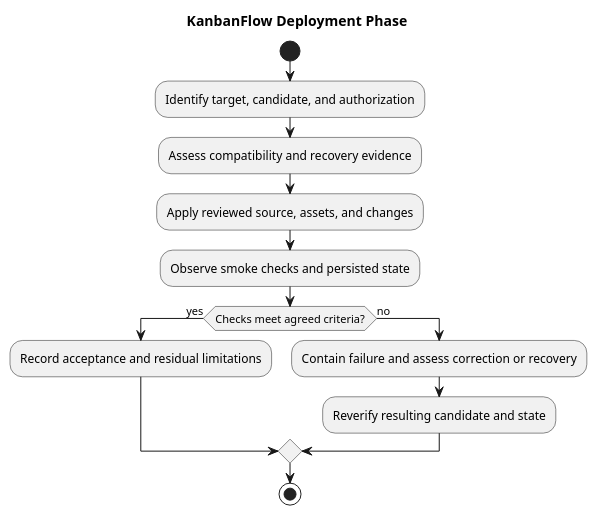
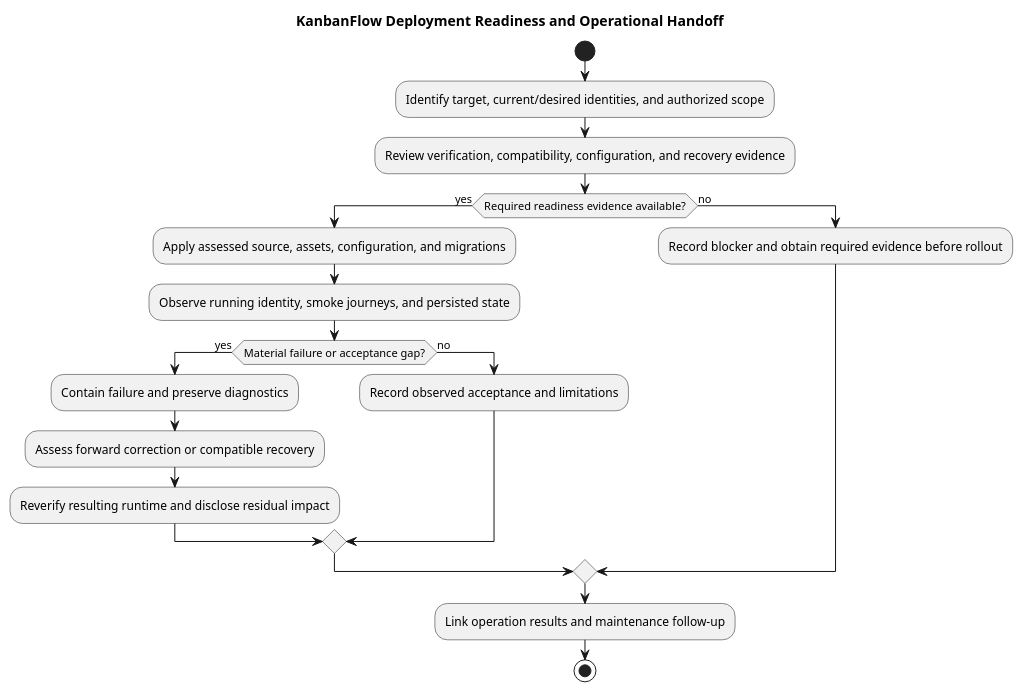
Before and after one commit to Farhad-Valizadegan/Web-KanbanFlow: the diagram in docs/SDLC/07-deployment/README.md, drawn with PlantUML. The commit also changed other lines of this file and 2 other files, not shown here.

Commit message:
docs: complete deployment index readiness and recovery handoffs

````diff
--- a/docs/SDLC/07-deployment/README.md
+++ b/docs/SDLC/07-deployment/README.md
@@ -33,17 +100,23 @@
 ```plantuml
 @startuml
-title KanbanFlow Deployment Phase
+title KanbanFlow Deployment Readiness and Operational Handoff
 start
-:Identify target, candidate, and authorization;
-:Assess compatibility and recovery evidence;
-:Apply reviewed source, assets, and changes;
-:Observe smoke checks and persisted state;
-if (Checks meet agreed criteria?) then (yes)
-:Record acceptance and residual limitations;
+:Identify target, current/desired identities, and authorized scope;
+:Review verification, compatibility, configuration, and recovery evidence;
+if (Required readiness evidence available?) then (yes)
+ :Apply assessed source, assets, configuration, and migrations;
+ :Observe running identity, smoke journeys, and persisted state;
+ if (Material failure or acceptance gap?) then (yes)
+  :Contain failure and preserve diagnostics;
+  :Assess forward correction or compatible recovery;
+  :Reverify resulting runtime and disclose residual impact;
+ else (no)
+  :Record observed acceptance and limitations;
+ endif
 else (no)
-:Contain failure and assess correction or recovery;
-:Reverify resulting candidate and state;
+ :Record blocker and obtain required evidence before rollout;
 endif
+:Link operation results and maintenance follow-up;
 stop
 @enduml
 ```
````
